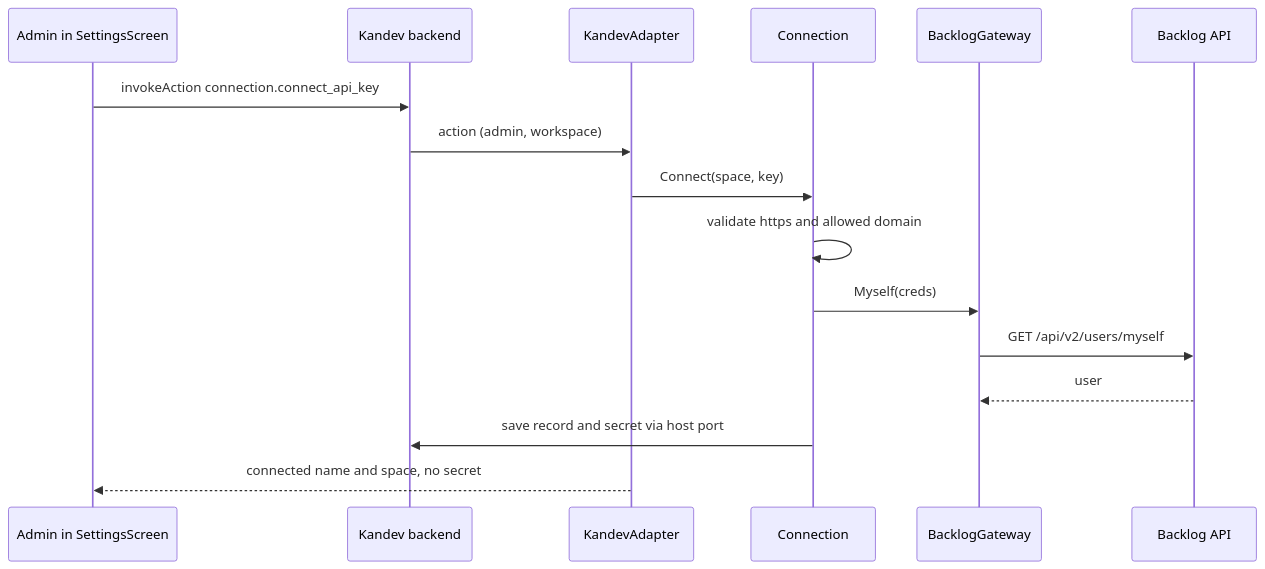
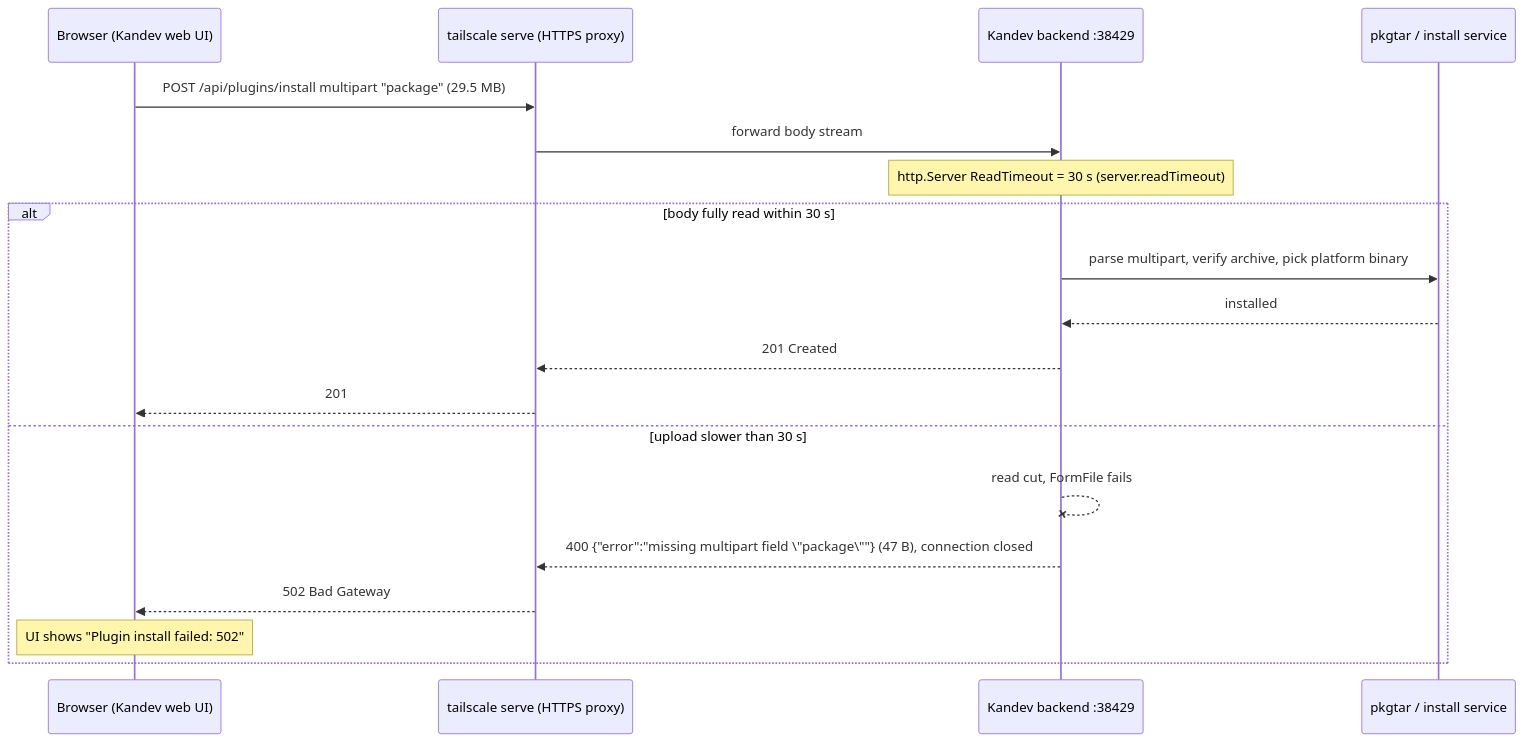
The second of 3 diagrams in aidlc/spaces/default/codekb/kandev-plugin-nulab-backlog/architecture.md (khuongdo/kandev-plugin-nulab-backlog), drawn with Mermaid before and after one commit. The commit also changed other lines of this file and 50 other files, not shown here.

First line of the commit message:
Smaller package without Windows to fix "Plugin install failed: 502", version 0.4.2 (#13)

````diff
--- a/aidlc/spaces/default/codekb/kandev-plugin-nulab-backlog/architecture.md
+++ b/aidlc/spaces/default/codekb/kandev-plugin-nulab-backlog/architecture.md
@@ -91,18 +56,21 @@
 ```mermaid
 sequenceDiagram
-  participant U as Admin in SettingsScreen
-  participant K as Kandev backend
-  participant A as KandevAdapter
-  participant C as Connection
-  participant G as BacklogGateway
-  participant B as Backlog API
-  U->>K: invokeAction connection.connect_api_key
-  K->>A: action (admin, workspace)
-  A->>C: Connect(space, key)
-  C->>C: validate https and allowed domain
-  C->>G: Myself(creds)
-  G->>B: GET /api/v2/users/myself
-  B-->>G: user
-  C->>K: save record and secret via host port
-  A-->>U: connected name and space, no secret
+  participant B as Browser (Kandev web UI)
+  participant T as tailscale serve (HTTPS proxy)
+  participant K as Kandev backend :38429
+  participant P as pkgtar / install service
+  B->>T: POST /api/plugins/install multipart "package" (29.5 MB)
+  T->>K: forward body stream
+  Note over K: http.Server ReadTimeout = 30 s (server.readTimeout)
+  alt body fully read within 30 s
+    K->>P: parse multipart, verify archive, pick platform binary
+    P-->>K: installed
+    K-->>T: 201 Created
+    T-->>B: 201
+  else upload slower than 30 s
+    K--xK: read cut, FormFile fails
+    K-->>T: 400 {"error":"missing multipart field \"package\""} (47 B), connection closed
+    T-->>B: 502 Bad Gateway
+    Note over B: UI shows "Plugin install failed: 502"
+  end
 ```
````
